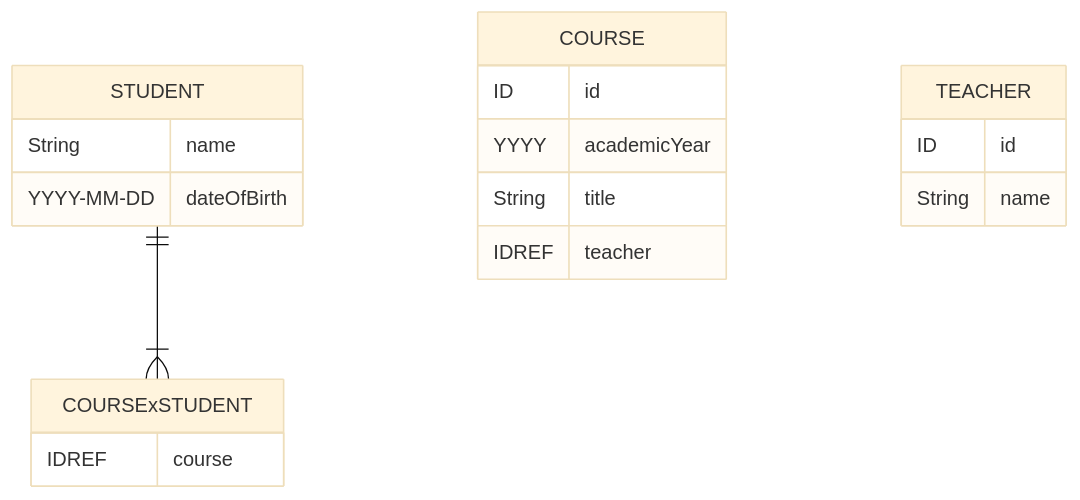
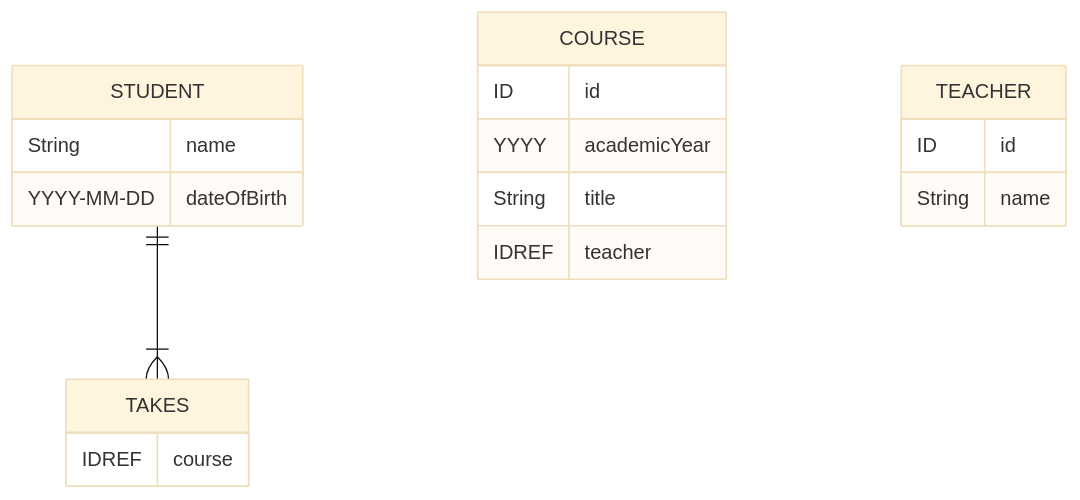
One commit to conmaol/maglocunus changed the sixth of 7 diagrams in d/data_models.md. Above: the diagram before and after it, drawn with Mermaid (base theme). The commit also changed other lines of this file, not shown here.

````diff
--- a/d/data_models.md
+++ b/d/data_models.md
@@ -280,21 +278,21 @@
 ```mermaid
 erDiagram
-    STUDENT ||--|{ COURSExSTUDENT : ""
+    STUDENT ||--|{ TAKES : ""
     COURSE {
       ID id
       YYYY academicYear
       String title
       IDREF teacher 
     }
     STUDENT {
       String name
       YYYY-MM-DD dateOfBirth
     }
     TEACHER {
       ID id
       String name
     }
-    COURSExSTUDENT {
+    TAKES {
       IDREF course
     }
 ```
````
